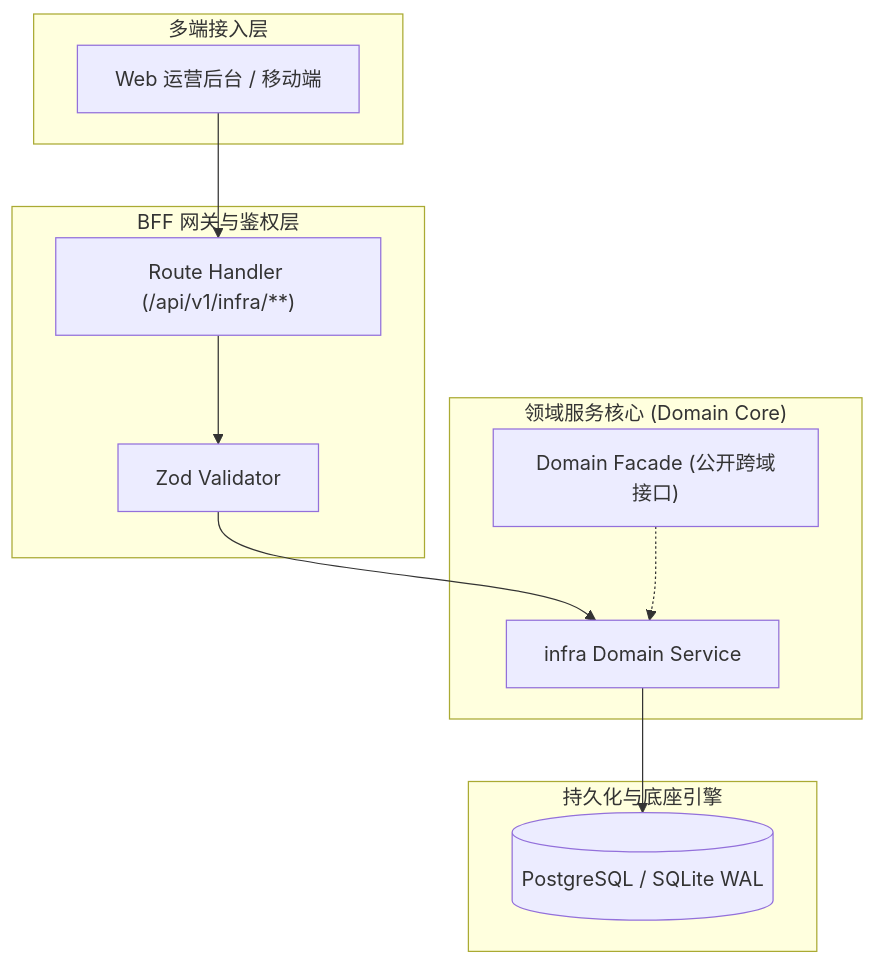
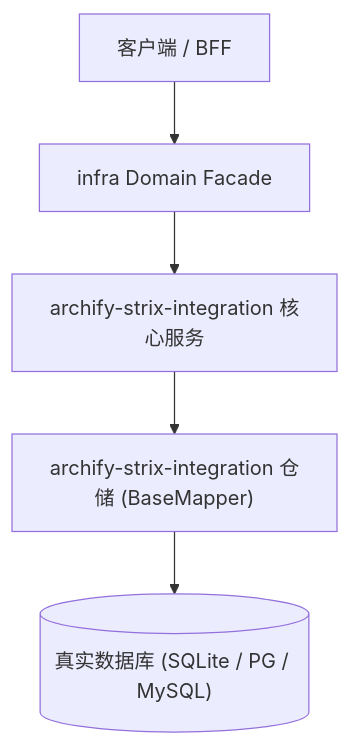
One commit to xaicd/ruoyi-all-next changed the diagram in docs/specs/infra/archify-strix-integration/design.md. Above: the diagram before and after it, drawn with Mermaid. The commit also changed other lines of this file and 29 other files, not shown here.

````diff
--- a/docs/specs/infra/archify-strix-integration/design.md
+++ b/docs/specs/infra/archify-strix-integration/design.md
@@ -7,19 +9,7 @@
 ```mermaid
 flowchart TD
-  subgraph Client["多端接入层"]
-    UI["Web 运营后台 / 移动端"]
-  end
-  subgraph BFF["BFF 网关与鉴权层"]
-    Route["Route Handler (/api/v1/infra/**)"]
-    Validator["Zod Validator"]
-  end
-  subgraph Domain["领域服务核心 (Domain Core)"]
-    Service["infra Domain Service"]
-    Facade["Domain Facade (公开跨域接口)"]
-  end
-  subgraph Storage["持久化与底座引擎"]
-    DB[("PostgreSQL / SQLite WAL")]
-  end
-  UI --> Route --> Validator --> Service --> DB
-  Facade -.-> Service
+  Client["客户端 / BFF"] --> Facade["infra Domain Facade"]
+  Facade --> Service["archify-strix-integration 核心服务"]
+  Service --> Repo["archify-strix-integration 仓储 (BaseMapper)"]
+  Repo --> DB[("真实数据库 (SQLite / PG / MySQL)")]
 ```
````
